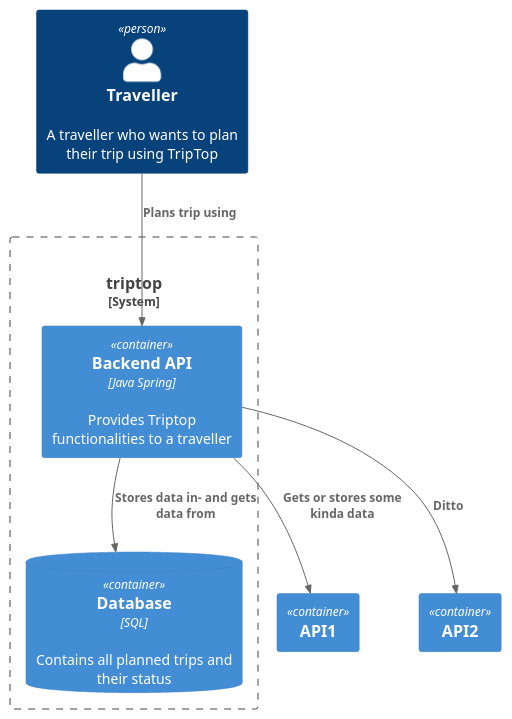
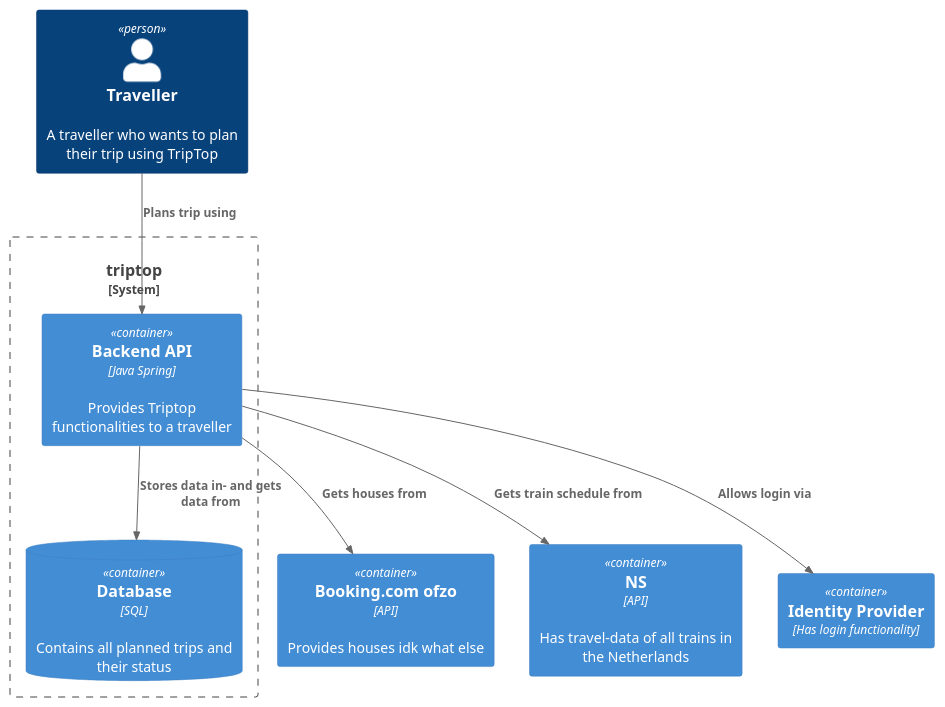
One commit to AIM-ENE-feb25/triptop-groep-b1 changed the diagram in Les-Opdrachten/Week 1/les-3/container.puml. Above: the diagram before and after it, drawn with PlantUML.

```diff
--- a/Les-Opdrachten/Week 1/les-3/container.puml
+++ b/Les-Opdrachten/Week 1/les-3/container.puml
@@ -1,25 +1,28 @@
 @startuml
-!include https://raw.githubusercontent.com/plantuml-stdlib/C4-PlantUML/master/C4_Container.puml
+'!include https://raw.githubusercontent.com/plantuml-stdlib/C4-PlantUML/master/C4_Container.puml
 !include <C4/C4>
 !include <C4/C4_Context>
 !include <C4/C4_Container>
 
 'Container(WebApp, "Webapplicatie", $techn="javascript ofzo", $descr="Provides Triptop functionalities to a traveller using the webbrowser")
 
 
 
 Person(Traveller, "Traveller", $descr="A traveller who wants to plan their trip using TripTop")
 System_Boundary("key_boundary", "triptop", $tags="") {
 
 Container(Backend, "Backend API", $techn="Java Spring", $descr="Provides Triptop functionalities to a traveller")
 ContainerDb(Database, "Database", $techn="SQL", $descr="Contains all planned trips and their status")
 
  }
-Container(ExternalAPI1, "API1", $techn="", $descr="")
-Container(ExternalAPI2, "API2", $techn="", $descr="", $tags="", $link="")
+Container(Booking, "Booking.com ofzo", $techn="API", $descr="Provides houses idk what else")
+Container(NS, "NS", $techn="API", $descr="Has travel-data of all trains in the Netherlands")
+Container(IdentityProvider, "Identity Provider", "Has login functionality")
 
+
+Rel(Backend, IdentityProvider, "Allows login via")
 Rel(Traveller, Backend, "Plans trip using")
 Rel(Backend, Database, "Stores data in- and gets data from")
-Rel(Backend, ExternalAPI1, "Gets or stores some kinda data")
-Rel(Backend, ExternalAPI2, "Ditto")
+Rel(Backend, Booking, "Gets houses from")
+Rel(Backend, NS, "Gets train schedule from")
 @enduml
```
